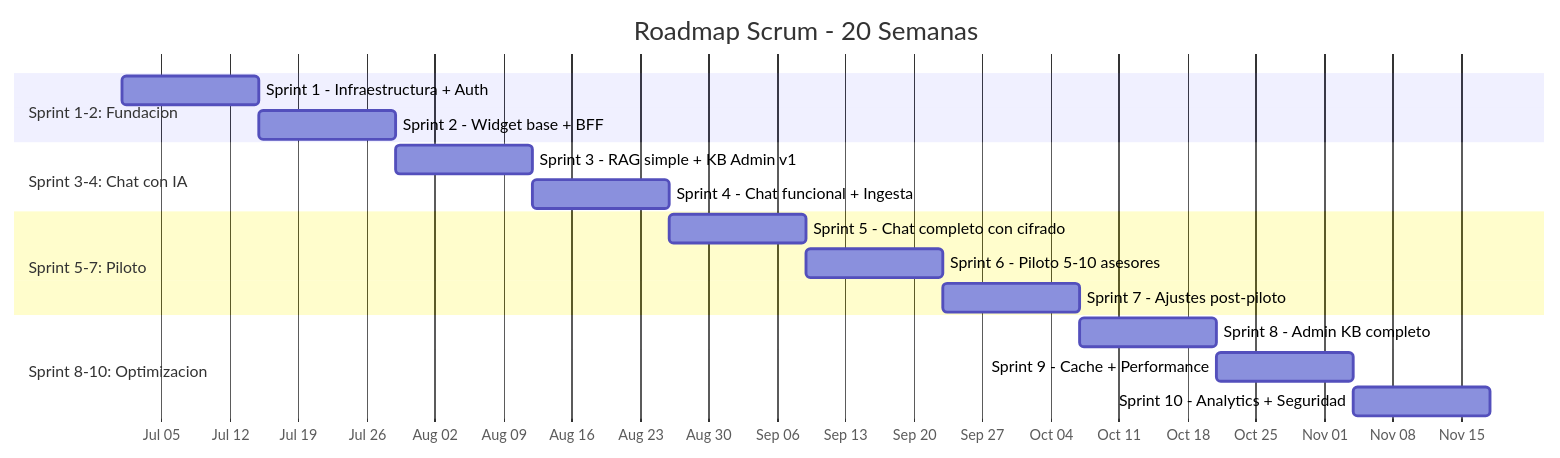
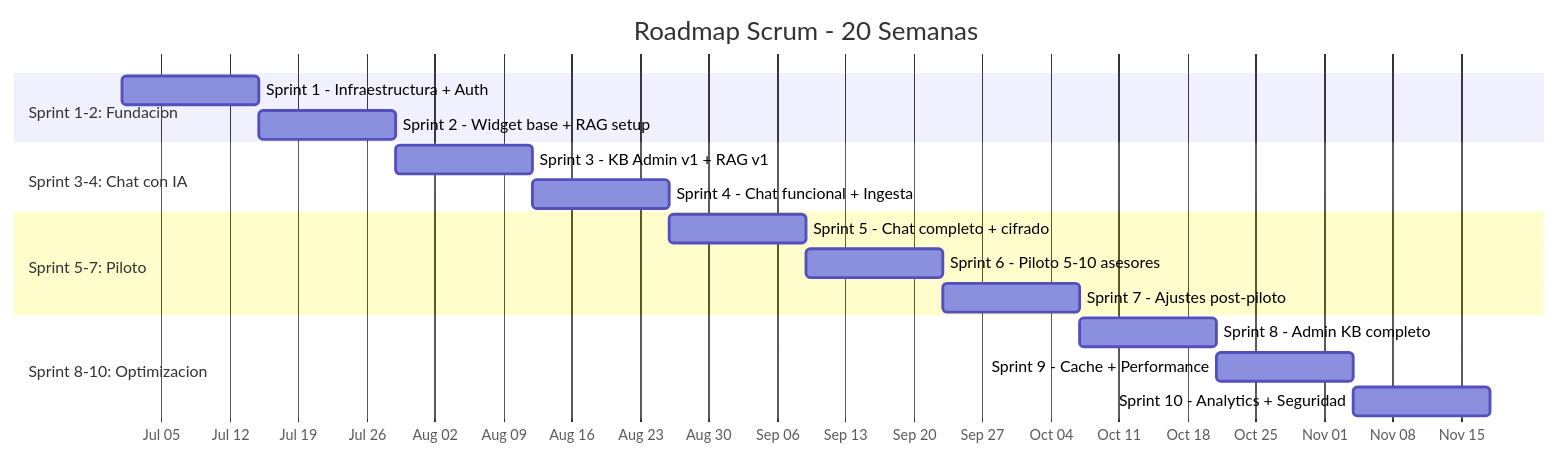
One commit to johnruedal96/capillas changed the ninth of 9 diagrams in docs/propuesta_tecnologica.md. Above: the diagram before and after it, drawn with Mermaid. The commit also changed other lines of this file, not shown here.

````diff
--- a/docs/propuesta_tecnologica.md
+++ b/docs/propuesta_tecnologica.md
@@ -998,24 +1004,24 @@
 ```mermaid
 gantt
     title Roadmap Scrum - 20 Semanas
     dateFormat  YYYY-MM-DD
     axisFormat  %b %d
 
     section Sprint 1-2: Fundacion
     Sprint 1 - Infraestructura + Auth     :s1, 2026-07-01, 14d
-    Sprint 2 - Widget base + BFF          :s2, after s1, 14d
+    Sprint 2 - Widget base + RAG setup    :s2, after s1, 14d
 
     section Sprint 3-4: Chat con IA
-    Sprint 3 - RAG simple + KB Admin v1   :s3, after s2, 14d
+    Sprint 3 - KB Admin v1 + RAG v1      :s3, after s2, 14d
     Sprint 4 - Chat funcional + Ingesta    :s4, after s3, 14d
 
     section Sprint 5-7: Piloto
-    Sprint 5 - Chat completo con cifrado   :s5, after s4, 14d
+    Sprint 5 - Chat completo + cifrado    :s5, after s4, 14d
     Sprint 6 - Piloto 5-10 asesores        :s6, after s5, 14d
     Sprint 7 - Ajustes post-piloto         :s7, after s6, 14d
 
     section Sprint 8-10: Optimizacion
     Sprint 8 - Admin KB completo           :s8, after s7, 14d
     Sprint 9 - Cache + Performance         :s9, after s8, 14d
     Sprint 10 - Analytics + Seguridad      :s10, after s9, 14d
 ```
````
